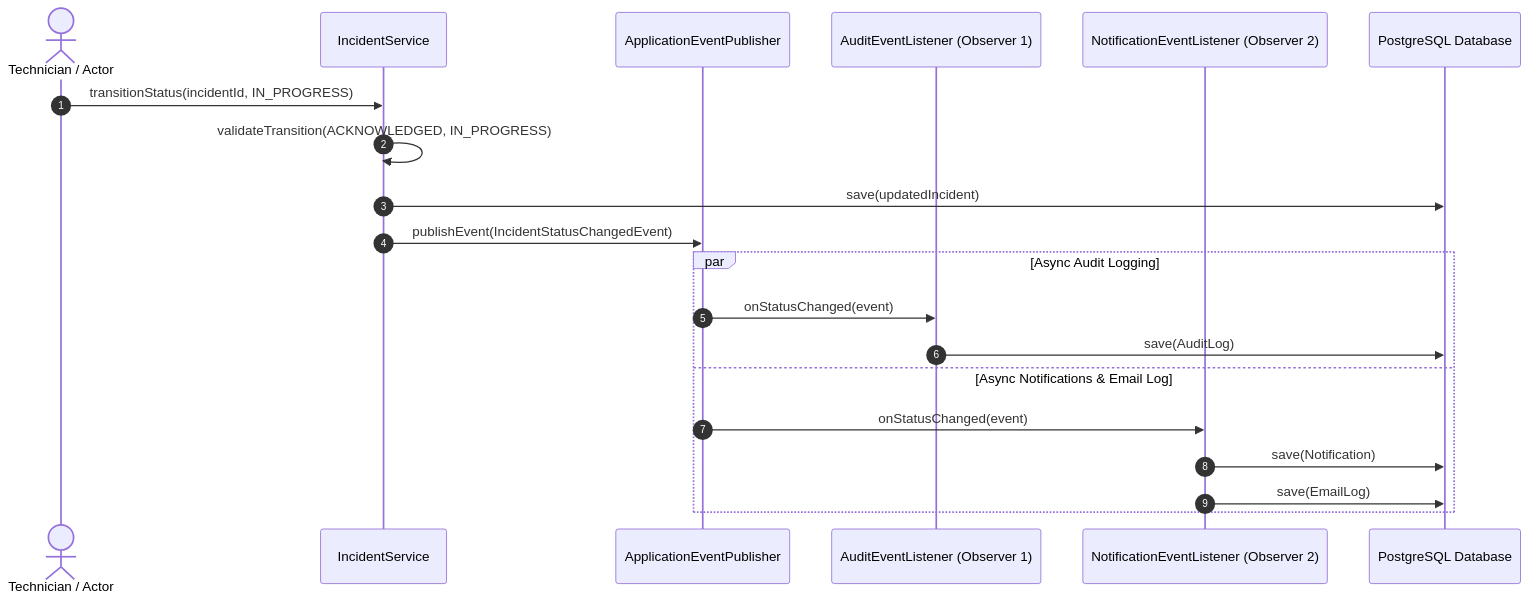
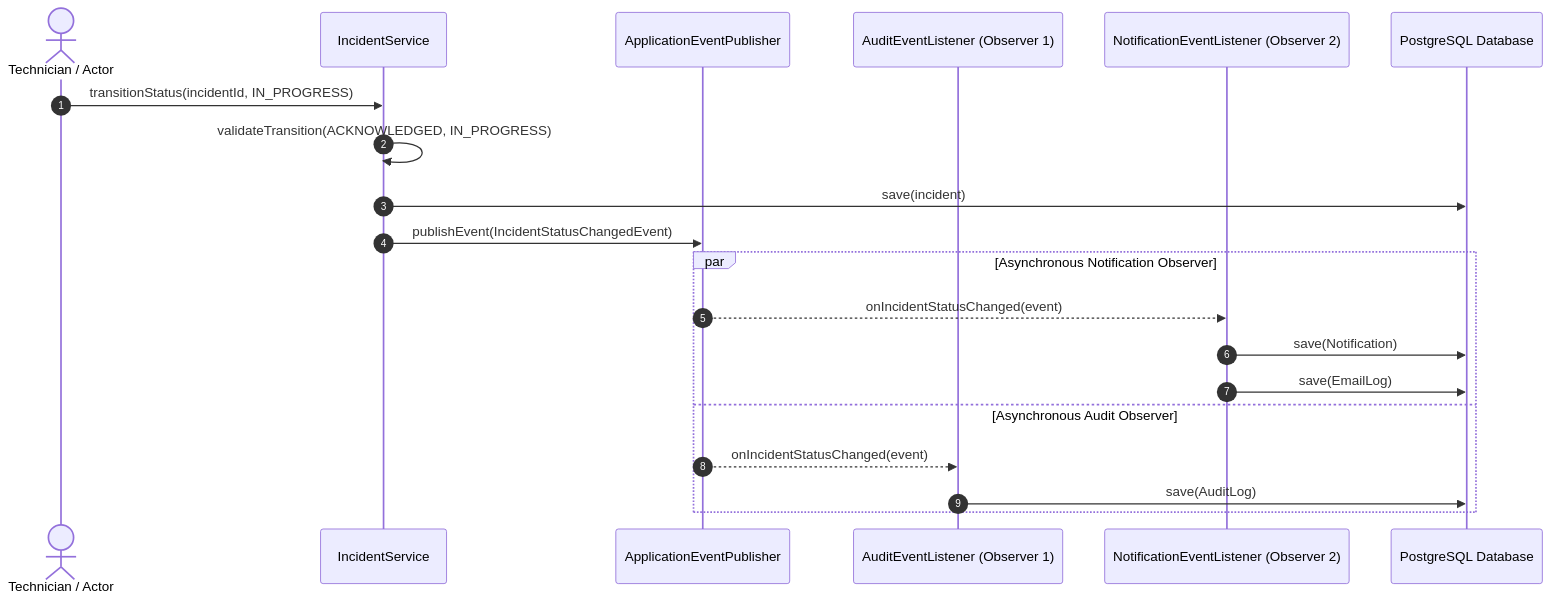
Before and after one commit to funCode9/i-itsm: the third of 4 diagrams in docs/architecture/PROJECT_ARCHITECTURE.md, drawn with Mermaid. The commit also changed other lines of this file and 22 other files, not shown here.

````diff
--- a/docs/architecture/PROJECT_ARCHITECTURE.md
+++ b/docs/architecture/PROJECT_ARCHITECTURE.md
@@ -139,23 +132,23 @@
 ```mermaid
 sequenceDiagram
     autonumber
     actor Tech as Technician / Actor
     participant IS as IncidentService
     participant EP as ApplicationEventPublisher
     participant AL as AuditEventListener (Observer 1)
     participant NL as NotificationEventListener (Observer 2)
     participant DB as PostgreSQL Database
 
     Tech->>IS: transitionStatus(incidentId, IN_PROGRESS)
     IS->>IS: validateTransition(ACKNOWLEDGED, IN_PROGRESS)
-    IS->>DB: save(updatedIncident)
+    IS->>DB: save(incident)
     IS->>EP: publishEvent(IncidentStatusChangedEvent)
-    par Async Audit Logging
-        EP->>AL: onStatusChanged(event)
-        AL->>DB: save(AuditLog)
-    and Async Notifications & Email Log
-        EP->>NL: onStatusChanged(event)
+    par Asynchronous Notification Observer
+        EP-->>NL: onIncidentStatusChanged(event)
         NL->>DB: save(Notification)
         NL->>DB: save(EmailLog)
+    and Asynchronous Audit Observer
+        EP-->>AL: onIncidentStatusChanged(event)
+        AL->>DB: save(AuditLog)
     end
 ```
````
